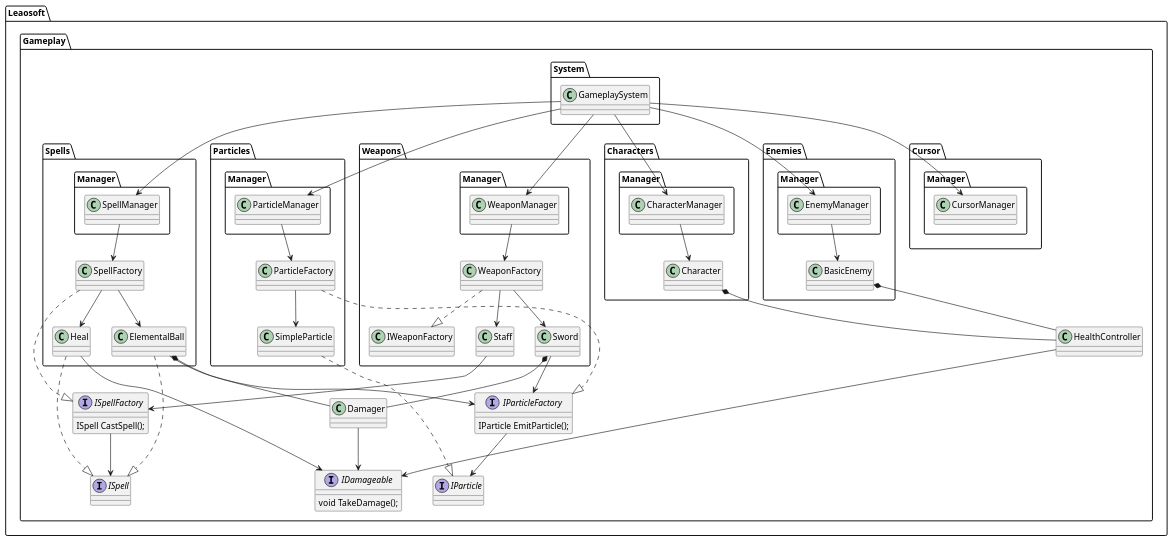
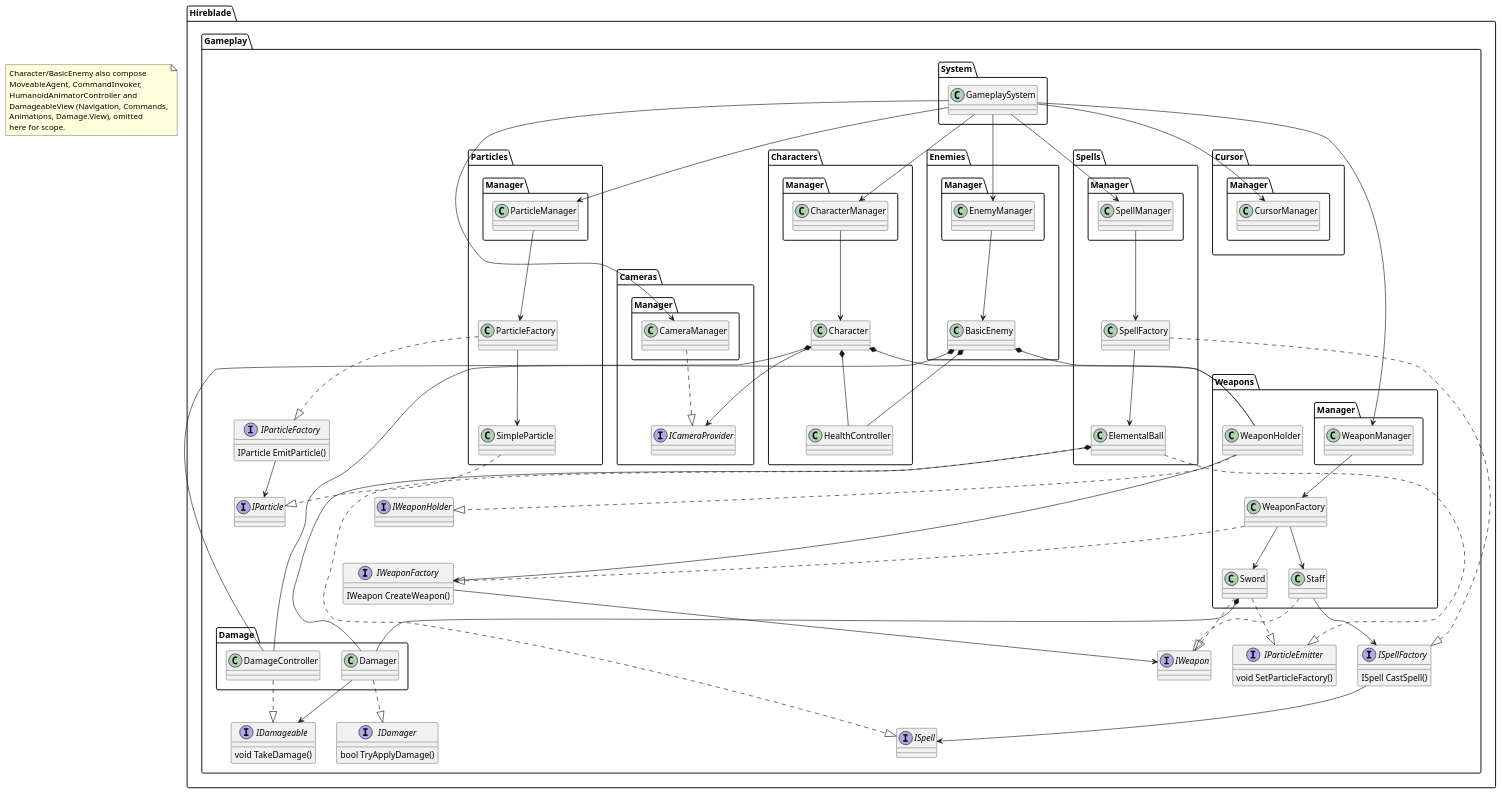
The diagram in Assets/_Project/Docs/UML/Gameplay/GameplaySystem.puml (WendellLeao/hireblade), drawn with PlantUML before and after one commit. The commit also changed 5 other files, not shown here.

Commit message:
docs: refresh UML diagrams to match current architecture

```diff
--- a/Assets/_Project/Docs/UML/Gameplay/GameplaySystem.puml
+++ b/Assets/_Project/Docs/UML/Gameplay/GameplaySystem.puml
@@ -1,118 +1,160 @@
 @startuml
 
-package Leaosoft {
-    package Gameplay {
-        package System {
-            Class GameplaySystem
+package Hireblade.Gameplay {
+    package System {
+        Class GameplaySystem
+    }
+
+    interface IDamageable {
+        void TakeDamage()
+    }
+    interface IDamager {
+        bool TryApplyDamage()
+    }
+
+    package Damage {
+        Class DamageController
+        Class Damager
+
+        DamageController ..|> IDamageable
+        Damager ..|> IDamager
+        Damager --> IDamageable
+    }
+
+    interface IParticle
+    interface IParticleFactory {
+        IParticle EmitParticle()
+    }
+    interface IParticleEmitter {
+        void SetParticleFactory()
+    }
+
+    IParticleFactory --> IParticle
+
+    interface ISpell
+    interface ISpellFactory {
+        ISpell CastSpell()
+    }
+
+    ISpellFactory --> ISpell
+
+    interface IWeapon
+    interface IWeaponFactory {
+        IWeapon CreateWeapon()
+    }
+    interface IWeaponHolder
+
+    IWeaponFactory --> IWeapon
+
+    together {
+        package Cursor {
+            package Manager {
+                Class CursorManager
+            }
         }
-        
-        interface IDamageable {
-            void TakeDamage();
-        }
-        
-        Damager --> IDamageable
-        HealthController --> IDamageable
-        
-        interface IParticle
-        interface IParticleFactory {
-            IParticle EmitParticle();
-        }
-        
-        IParticleFactory --> IParticle
-        
-        interface ISpell
-        interface ISpellFactory {
-            ISpell CastSpell();
-        }
-        
-        ISpellFactory --> ISpell
-        
-        together {
-            package Cursor {
-                package Manager {
-                    Class CursorManager
-                }
-            }
-            
-            package Particles {
-                package Manager {
-                    Class ParticleManager
-                }
 
-                ParticleFactory ..|> IParticleFactory
+        package Cameras {
+            interface ICameraProvider
 
-                SimpleParticle ..|> IParticle
-
-                ParticleManager --> ParticleFactory
-                ParticleFactory --> SimpleParticle
+            package Manager {
+                Class CameraManager
             }
 
-            package Spells {
-                package Manager {
-                    Class SpellManager
-                }
+            CameraManager ..|> ICameraProvider
+        }
 
-                SpellFactory ..|> ISpellFactory
-
-                ElementalBall ..|> ISpell
-                Heal ..|> ISpell
-
-                Heal --> IDamageable
-
-                ElementalBall --> IParticleFactory
-
-                ElementalBall *-- Damager
-
-                SpellManager --> SpellFactory
-                SpellFactory --> ElementalBall
-                SpellFactory --> Heal
+        package Particles {
+            package Manager {
+                Class ParticleManager
             }
 
-            package Weapons {
-                package Manager {
-                    Class WeaponManager
-                }
+            ParticleFactory ..|> IParticleFactory
 
-                WeaponFactory ..|> IWeaponFactory
+            SimpleParticle ..|> IParticle
 
-                Staff --> ISpellFactory
-                Sword --> IParticleFactory
+            ParticleManager --> ParticleFactory
+            ParticleFactory --> SimpleParticle
+        }
 
-                Sword *-- Damager
+        package Spells {
+            package Manager {
+                Class SpellManager
+            }
 
-                WeaponManager --> WeaponFactory
-                WeaponFactory --> Staff
-                WeaponFactory --> Sword
+            SpellFactory ..|> ISpellFactory
+
+            ElementalBall ..|> ISpell
+            ElementalBall ..|> IParticleEmitter
+            ElementalBall *-- Damager
+
+            SpellManager --> SpellFactory
+            SpellFactory --> ElementalBall
+        }
+
+        package Weapons {
+            package Manager {
+                Class WeaponManager
             }
-            
-            package Characters {
-                package Manager {
-                    Class CharacterManager
-                }
-                
-                Character *-- HealthController
-                
-                CharacterManager --> Character
+
+            WeaponFactory ..|> IWeaponFactory
+            WeaponHolder ..|> IWeaponHolder
+
+            Staff ..|> IWeapon
+            Staff --> ISpellFactory
+
+            Sword ..|> IWeapon
+            Sword ..|> IParticleEmitter
+            Sword *-- Damager
+
+            WeaponHolder --> IWeaponFactory
+
+            WeaponManager --> WeaponFactory
+            WeaponFactory --> Staff
+            WeaponFactory --> Sword
+        }
+
+        package Characters {
+            package Manager {
+                Class CharacterManager
             }
-            
-            package Enemies {
-                package Manager {
-                    Class EnemyManager
-                }
-                
-                BasicEnemy *-- HealthController
-                
-                EnemyManager --> BasicEnemy
+
+            Character *-- HealthController
+            Character *-- DamageController
+            Character *-- WeaponHolder
+            Character --> ICameraProvider
+
+            CharacterManager --> Character
+        }
+
+        package Enemies {
+            package Manager {
+                Class EnemyManager
             }
+
+            BasicEnemy *-- HealthController
+            BasicEnemy *-- DamageController
+            BasicEnemy *-- WeaponHolder
+
+            EnemyManager --> BasicEnemy
         }
-        
-        GameplaySystem --> CursorManager
-        GameplaySystem --> ParticleManager
-        GameplaySystem --> EnemyManager
-        GameplaySystem --> CharacterManager
-        GameplaySystem --> WeaponManager
-        GameplaySystem --> SpellManager
     }
+
+    GameplaySystem --> CursorManager
+    GameplaySystem --> CameraManager
+    GameplaySystem --> ParticleManager
+    GameplaySystem --> EnemyManager
+    GameplaySystem --> CharacterManager
+    GameplaySystem --> WeaponManager
+    GameplaySystem --> SpellManager
 }
 
+note as N1
+  Character/BasicEnemy also compose
+  MoveableAgent, CommandInvoker,
+  HumanoidAnimatorController and
+  DamageableView (Navigation, Commands,
+  Animations, Damage.View), omitted
+  here for scope.
+end note
+
 @enduml
```
